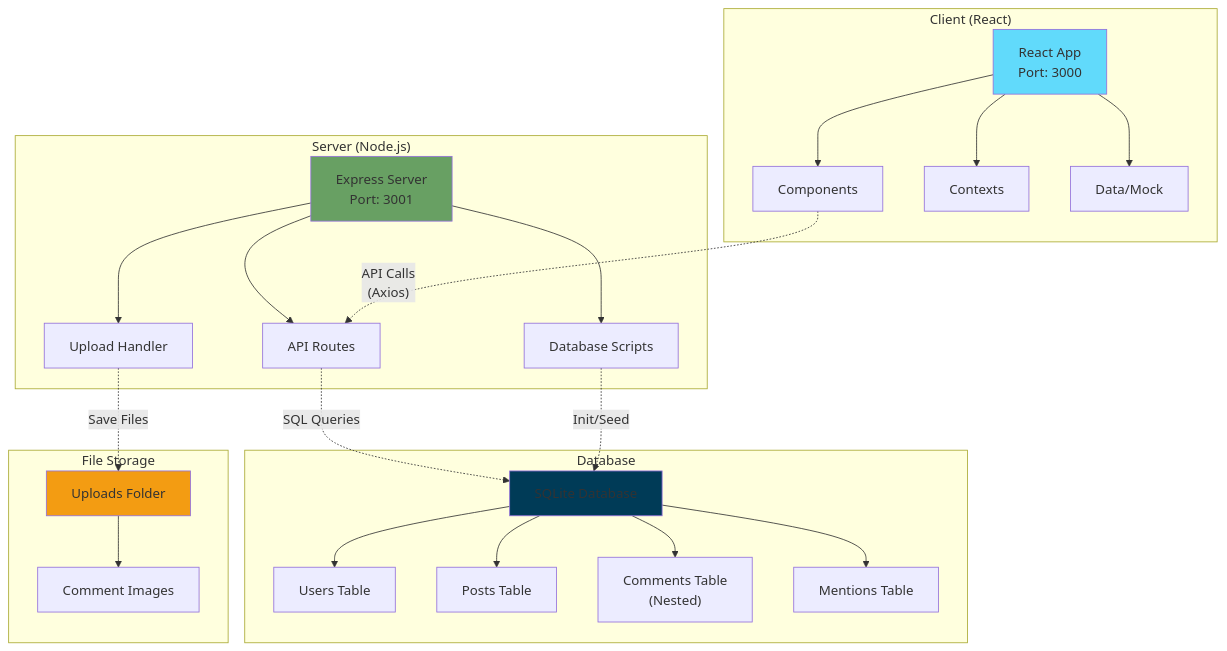
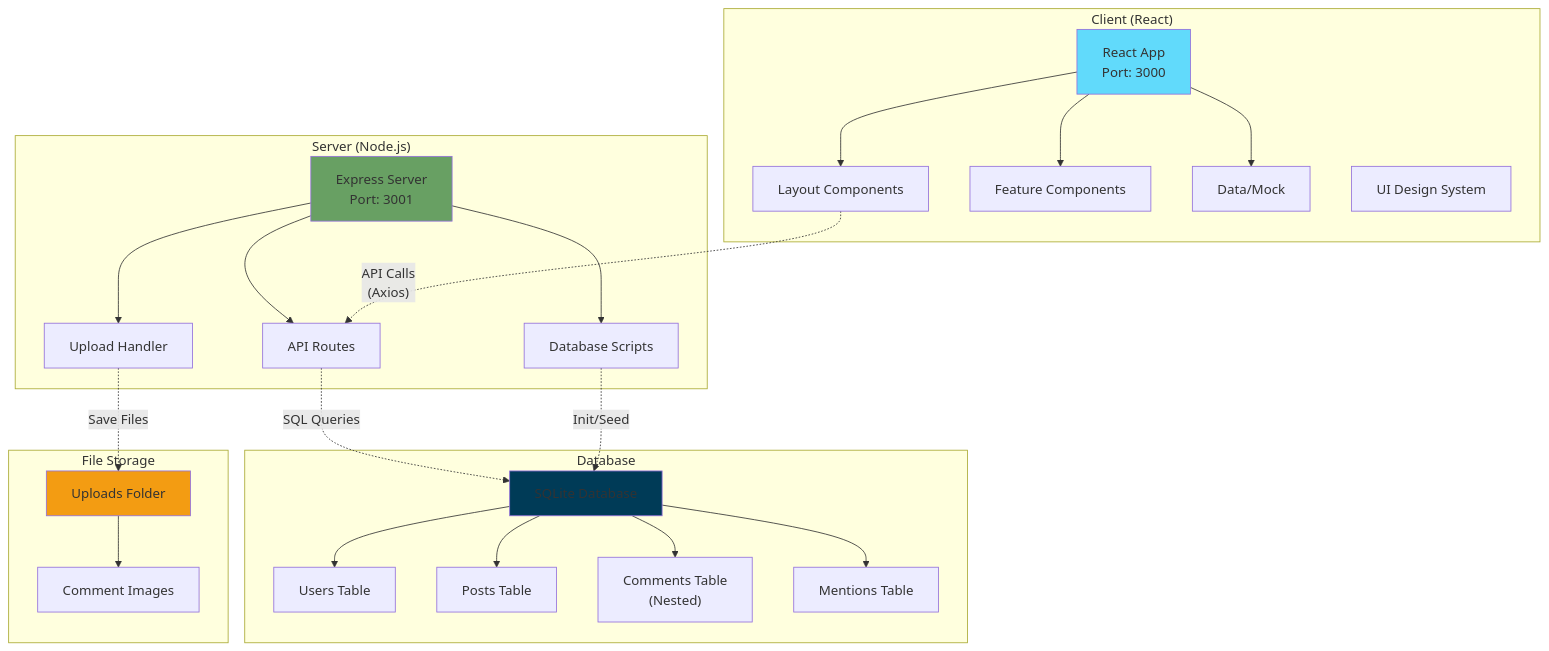
One commit to zcamb1/S-Connect changed the diagram in README.md. Above: the diagram before and after it, drawn with Mermaid. The commit also changed other lines of this file and 71 other files, not shown here.

````diff
--- a/README.md
+++ b/README.md
@@ -195,50 +279,52 @@
 ```mermaid
 graph TB
     subgraph "Client (React)"
         A["React App<br/>Port: 3000"]
-        A1["Components"]
-        A2["Contexts"]
+        A1["Layout Components"]
+        A2["Feature Components"]
+        A3["Common Components"]
+        A4["UI Design System"]
         A3["Data/Mock"]
         A --> A1
         A --> A2
         A --> A3
     end
     
     subgraph "Server (Node.js)"
         B["Express Server<br/>Port: 3001"]
         B1["API Routes"]
         B2["Upload Handler"]
         B3["Database Scripts"]
         B --> B1
         B --> B2
         B --> B3
     end
     
     subgraph "Database"
         C["SQLite Database"]
         C1["Users Table"]
         C2["Posts Table"]
         C3["Comments Table<br/>(Nested)"]
         C4["Mentions Table"]
         C --> C1
         C --> C2
         C --> C3
         C --> C4
     end
     
     subgraph "File Storage"
         D["Uploads Folder"]
         D1["Comment Images"]
         D --> D1
     end
     
     A1 -.->|"API Calls<br/>(Axios)"| B1
     B1 -.->|"SQL Queries"| C
     B2 -.->|"Save Files"| D
     B3 -.->|"Init/Seed"| C
     
     style A fill:#61dafb
     style B fill:#68a063
     style C fill:#003b57
     style D fill:#f39c12
 ```
````
